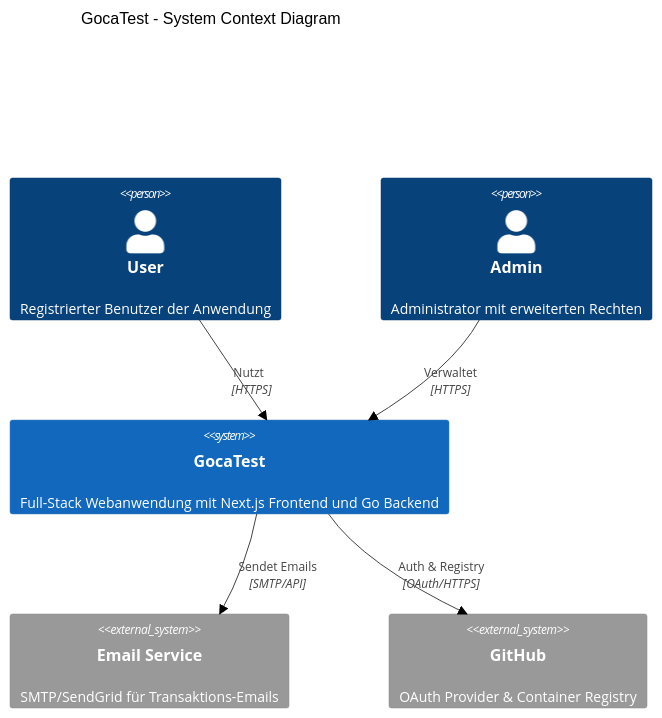
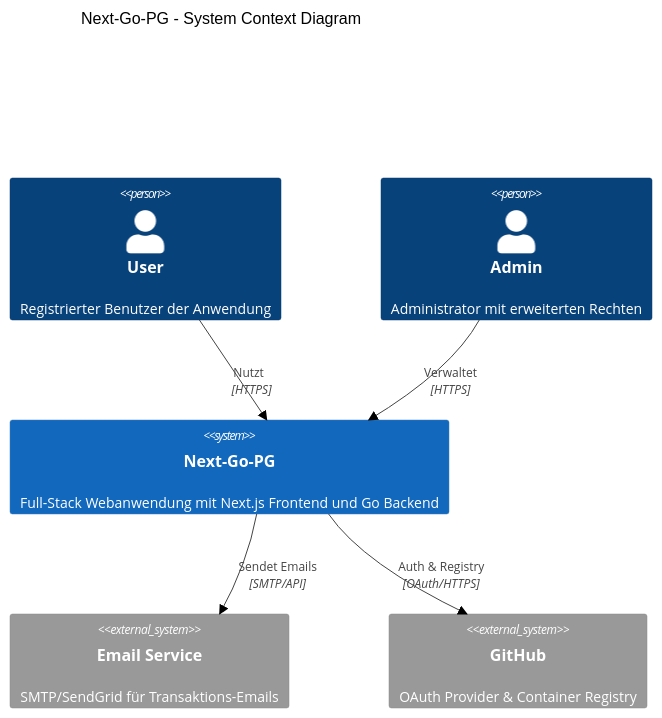
One commit to atilladeniz/next-go-pg changed the first of 2 diagrams in .concepts/architecture/system-context.md. Above: the diagram before and after it, drawn with Mermaid (neutral theme). The commit also changed other lines of this file and 35 other files, not shown here.

First line of the commit message:
refactor: rename project from GocaTest to Next-Go-PG

````diff
--- a/.concepts/architecture/system-context.md
+++ b/.concepts/architecture/system-context.md
@@ -13,19 +13,19 @@
 ```mermaid
 C4Context
-    title GocaTest - System Context Diagram
+    title Next-Go-PG - System Context Diagram
 
     Person(user, "User", "Registrierter Benutzer der Anwendung")
     Person(admin, "Admin", "Administrator mit erweiterten Rechten")
 
-    System(gocatest, "GocaTest", "Full-Stack Webanwendung mit Next.js Frontend und Go Backend")
+    System(nextgopg, "Next-Go-PG", "Full-Stack Webanwendung mit Next.js Frontend und Go Backend")
 
     System_Ext(email, "Email Service", "SMTP/SendGrid für Transaktions-Emails")
     System_Ext(github, "GitHub", "OAuth Provider & Container Registry")
 
-    Rel(user, gocatest, "Nutzt", "HTTPS")
-    Rel(admin, gocatest, "Verwaltet", "HTTPS")
-    Rel(gocatest, email, "Sendet Emails", "SMTP/API")
-    Rel(gocatest, github, "Auth & Registry", "OAuth/HTTPS")
+    Rel(user, nextgopg, "Nutzt", "HTTPS")
+    Rel(admin, nextgopg, "Verwaltet", "HTTPS")
+    Rel(nextgopg, email, "Sendet Emails", "SMTP/API")
+    Rel(nextgopg, github, "Auth & Registry", "OAuth/HTTPS")
 
     UpdateLayoutConfig($c4ShapeInRow="3", $c4BoundaryInRow="1")
 ```
````
